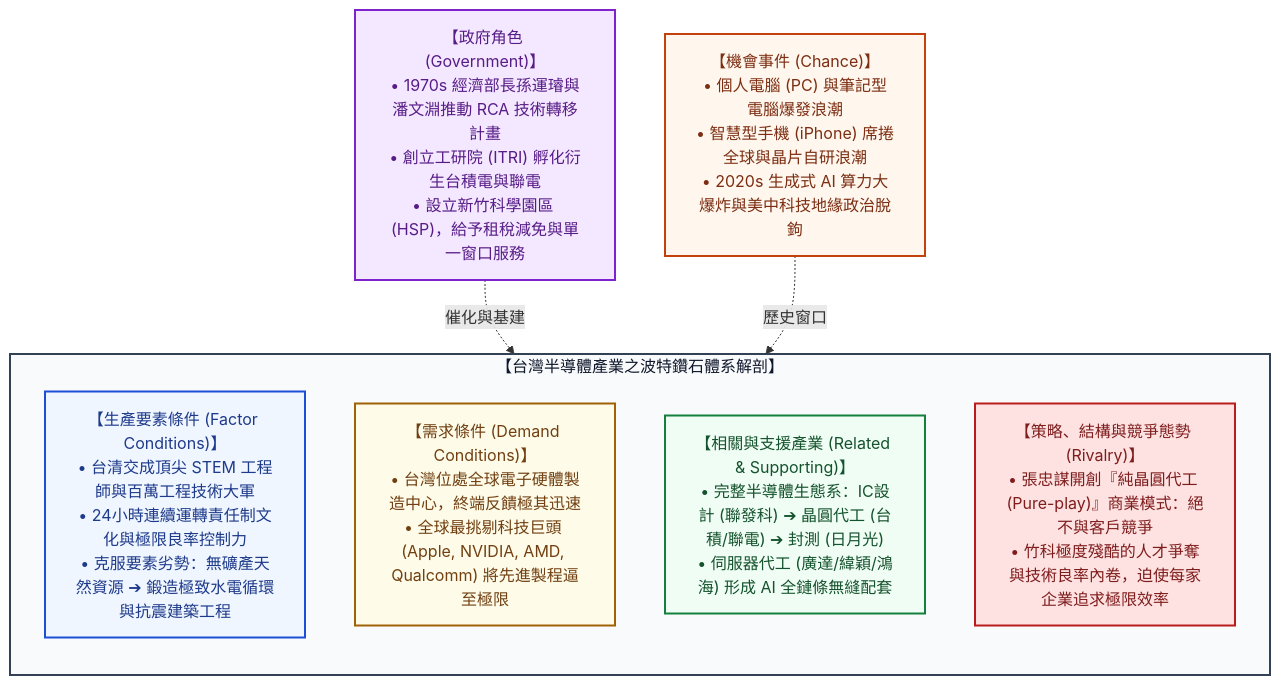
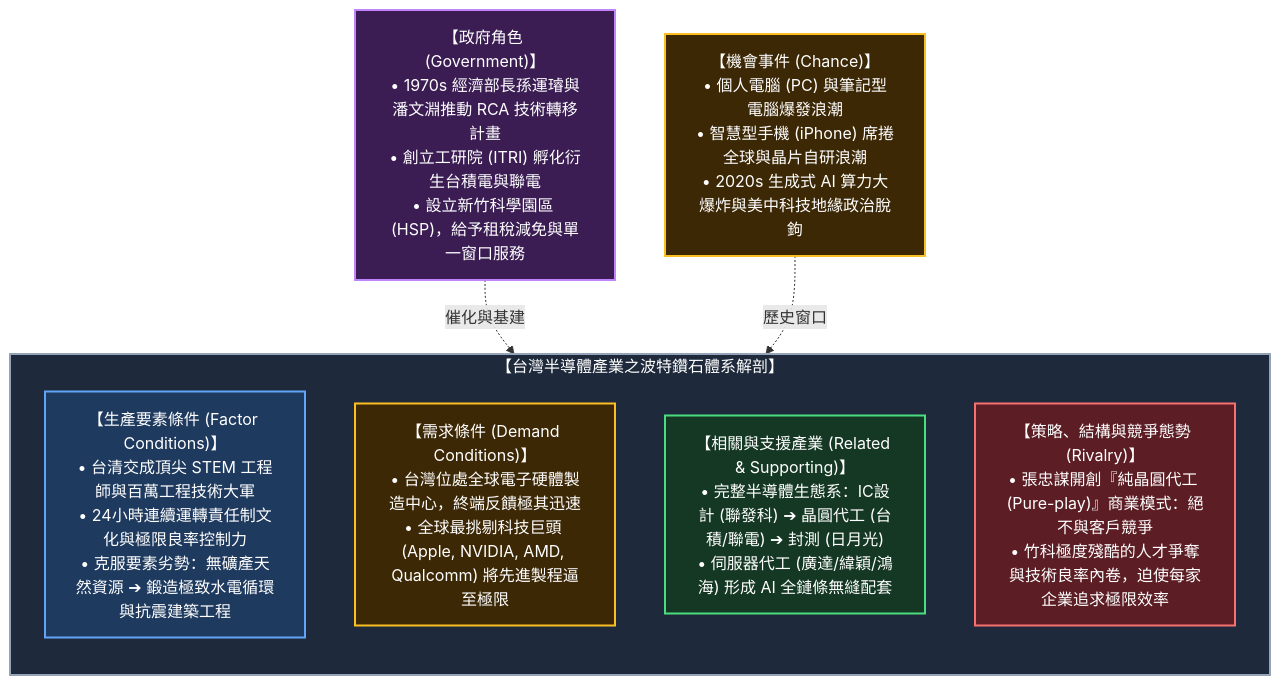
One commit to Jimlin0428/my-digital-garden changed the fourth of 4 diagrams in src/site/notes/98_商業概念庫/Porter's Diamond Model_波特鑽石模型.md. Above: the diagram before and after it, drawn with Mermaid. The commit also changed other lines of this file and 58 other files, not shown here.

````diff
--- a/src/site/notes/98_商業概念庫/Porter's Diamond Model_波特鑽石模型.md
+++ b/src/site/notes/98_商業概念庫/Porter's Diamond Model_波特鑽石模型.md
@@ -286,22 +266,22 @@
 ```mermaid
 flowchart TD
     subgraph TaiwanDiamond ["【台灣半導體產業之波特鑽石體系解剖】"]
         direction TB
         F1["【生產要素條件 (Factor Conditions)】<br/>• 台清交成頂尖 STEM 工程師與百萬工程技術大軍<br/>• 24小時連續運轉責任制文化與極限良率控制力<br/>• 克服要素劣勢：無礦產天然資源 ➔ 鍛造極致水電循環與抗震建築工程"]
         F2["【需求條件 (Demand Conditions)】<br/>• 台灣位處全球電子硬體製造中心，終端反饋極其迅速<br/>• 全球最挑剔科技巨頭 (Apple, NVIDIA, AMD, Qualcomm) 將先進製程逼至極限"]
         F3["【相關與支援產業 (Related & Supporting)】<br/>• 完整半導體生態系：IC設計 (聯發科) ➔ 晶圓代工 (台積/聯電) ➔ 封測 (日月光)<br/>• 伺服器代工 (廣達/緯穎/鴻海) 形成 AI 全鏈條無縫配套"]
         F4["【策略、結構與競爭態勢 (Rivalry)】<br/>• 張忠謀開創『純晶圓代工 (Pure-play)』商業模式：絕不與客戶競爭<br/>• 竹科極度殘酷的人才爭奪與技術良率內卷，迫使每家企業追求極限效率"]
     end
 
     Gov["【政府角色 (Government)】<br/>• 1970s 經濟部長孫運璿與潘文淵推動 RCA 技術轉移計畫<br/>• 創立工研院 (ITRI) 孵化衍生台積電與聯電<br/>• 設立新竹科學園區 (HSP)，給予租稅減免與單一窗口服務"] -. 催化與基建 .-> TaiwanDiamond
 
     Chance["【機會事件 (Chance)】<br/>• 個人電腦 (PC) 與筆記型電腦爆發浪潮<br/>• 智慧型手機 (iPhone) 席捲全球與晶片自研浪潮<br/>• 2020s 生成式 AI 算力大爆炸與美中科技地緣政治脫鉤"] -. 歷史窗口 .-> TaiwanDiamond
 
-    style TaiwanDiamond fill:#f8fafc,stroke:#334155,stroke-width:2px,color:#0f172a
-    style F1 fill:#eff6ff,stroke:#1d4ed8,stroke-width:2px,color:#1e3a8a
-    style F2 fill:#fefce8,stroke:#a16207,stroke-width:2px,color:#713f12
-    style F3 fill:#f0fdf4,stroke:#15803d,stroke-width:2px,color:#14532d
-    style F4 fill:#fee2e2,stroke:#b91c1c,stroke-width:2px,color:#7f1d1d
-    style Gov fill:#f3e8ff,stroke:#7e22ce,stroke-width:2px,color:#581c87
-    style Chance fill:#fff7ed,stroke:#c2410c,stroke-width:2px,color:#7c2d12
+    style TaiwanDiamond fill:#1e293b,stroke:#94a3b8,stroke-width:2px,color:#ffffff
+    style F1 fill:#1e3a5f,stroke:#60a5fa,stroke-width:2px,color:#ffffff
+    style F2 fill:#3d2806,stroke:#fbbf24,stroke-width:2px,color:#ffffff
+    style F3 fill:#143823,stroke:#4ade80,stroke-width:2px,color:#ffffff
+    style F4 fill:#5c1d24,stroke:#f87171,stroke-width:2px,color:#ffffff
+    style Gov fill:#3b1d54,stroke:#c084fc,stroke-width:2px,color:#ffffff
+    style Chance fill:#3d2806,stroke:#fbbf24,stroke-width:2px,color:#ffffff
 ```
````
